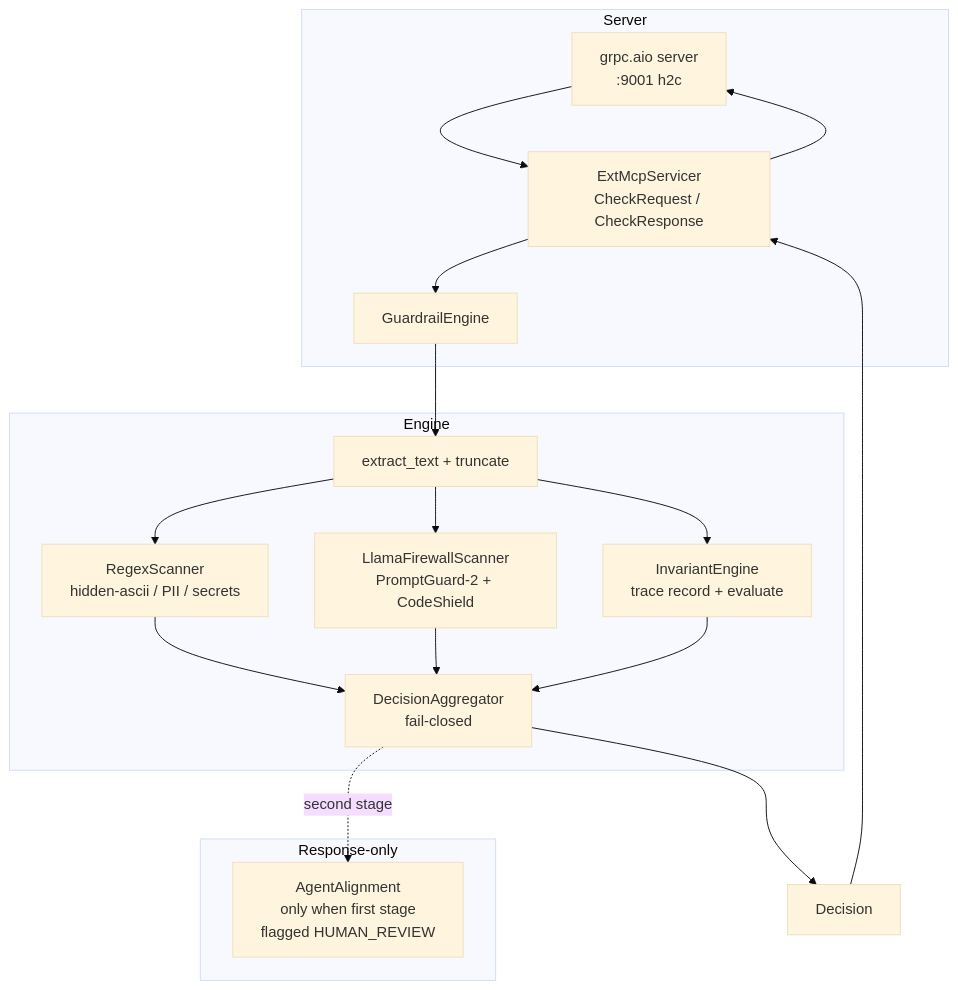
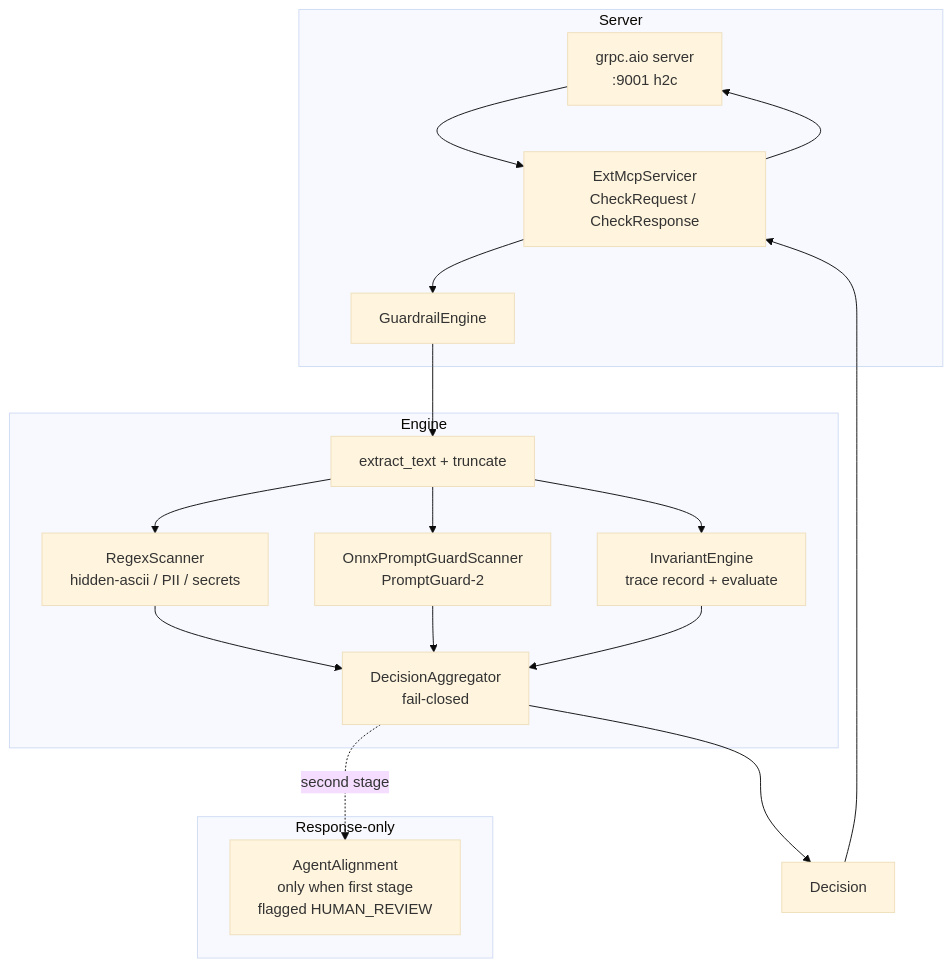
The second of 2 diagrams in README.md (soulwhisper/mcp-guardrails), drawn with Mermaid (base theme) before and after one commit. The commit also changed other lines of this file and 4 other files, not shown here.

First line of the commit message:
docs: clean up deprecated LlamaFirewall/torch references across all markdown docs

````diff
--- a/README.md
+++ b/README.md
@@ -72,28 +72,28 @@
 ```mermaid
 flowchart TD
     subgraph Server
         GRPC[grpc.aio server<br/>:9001 h2c]
         SVC[ExtMcpServicer<br/>CheckRequest / CheckResponse]
         GRPC --> SVC
         SVC --> ENG[GuardrailEngine]
     end
 
     subgraph Engine
         ENG --> EXT[extract_text + truncate]
         EXT --> RX[RegexScanner<br/>hidden-ascii / PII / secrets]
-        EXT --> LF[LlamaFirewallScanner<br/>PromptGuard-2 + CodeShield]
+        EXT --> PG[OnnxPromptGuardScanner<br/>PromptGuard-2]
         EXT --> INV[InvariantEngine<br/>trace record + evaluate]
         RX --> AGG
-        LF --> AGG
+        PG --> AGG
         INV --> AGG
         AGG[DecisionAggregator<br/>fail-closed]
     end
 
     subgraph Response-only
         AGG -. second stage .-> AA[AgentAlignment<br/>only when first stage<br/>flagged HUMAN_REVIEW]
     end
 
     AGG --> DEC[Decision]
     DEC --> SVC
     SVC --> GRPC
 ```
````
